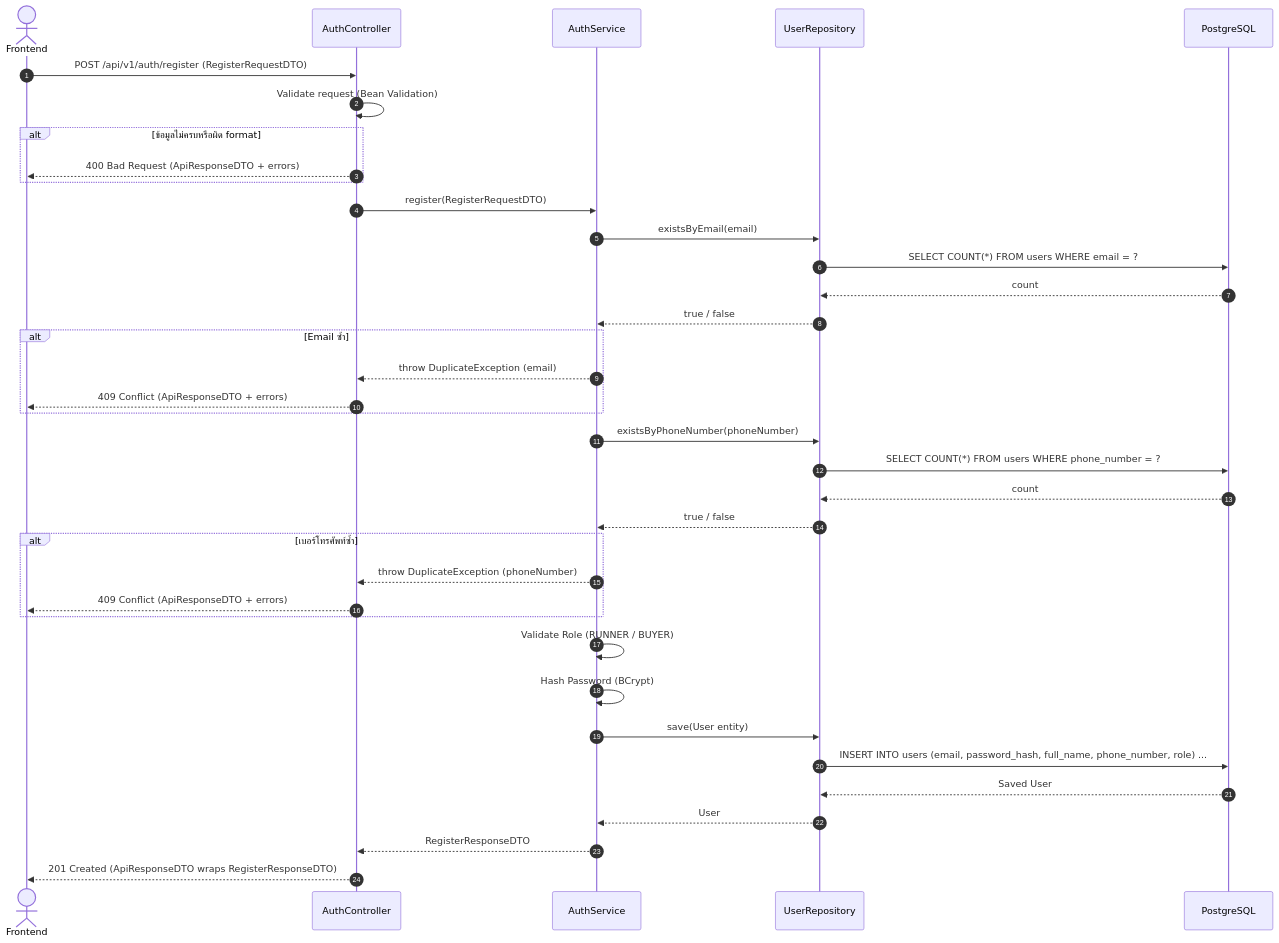
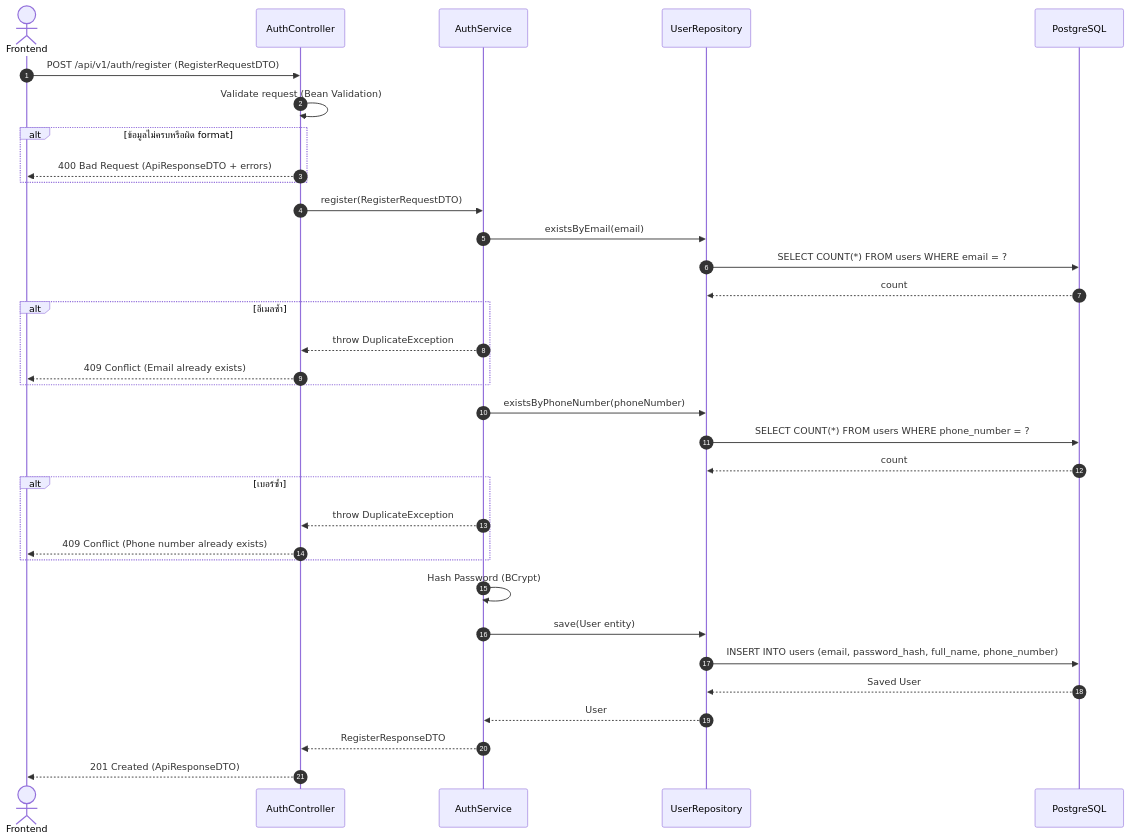
The sixth of 8 diagrams in docs/task-04/README.md (BlackyB0o/CS261_650001_group5), drawn with Mermaid before and after one commit. The commit also changed other lines of this file and 1 other file, not shown here.

Commit message:
removed role selection, added OTP login and reset password

````diff
--- a/docs/task-04/README.md
+++ b/docs/task-04/README.md
@@ -406,40 +580,37 @@
 ```mermaid
 sequenceDiagram
     autonumber
     actor Client as Frontend
     participant Controller as AuthController
     participant Service as AuthService
-    participant DAO as UserRepository
+    participant UserDAO as UserRepository
     participant DB as PostgreSQL
 
     Client->>Controller: POST /api/v1/auth/register (RegisterRequestDTO)
     Controller->>Controller: Validate request (Bean Validation)
     alt ข้อมูลไม่ครบหรือผิด format
         Controller-->>Client: 400 Bad Request (ApiResponseDTO + errors)
     end
     Controller->>Service: register(RegisterRequestDTO)
-    Service->>DAO: existsByEmail(email)
-    DAO->>DB: SELECT COUNT(*) FROM users WHERE email = ?
-    DB-->>DAO: count
-    DAO-->>Service: true / false
-    alt Email ซ้ำ
-        Service-->>Controller: throw DuplicateException (email)
-        Controller-->>Client: 409 Conflict (ApiResponseDTO + errors)
+    Service->>UserDAO: existsByEmail(email)
+    UserDAO->>DB: SELECT COUNT(*) FROM users WHERE email = ?
+    DB-->>UserDAO: count
+    alt อีเมลซ้ำ
+        Service-->>Controller: throw DuplicateException
+        Controller-->>Client: 409 Conflict (Email already exists)
     end
-    Service->>DAO: existsByPhoneNumber(phoneNumber)
-    DAO->>DB: SELECT COUNT(*) FROM users WHERE phone_number = ?
-    DB-->>DAO: count
-    DAO-->>Service: true / false
-    alt เบอร์โทรศัพท์ซ้ำ
-        Service-->>Controller: throw DuplicateException (phoneNumber)
-        Controller-->>Client: 409 Conflict (ApiResponseDTO + errors)
+    Service->>UserDAO: existsByPhoneNumber(phoneNumber)
+    UserDAO->>DB: SELECT COUNT(*) FROM users WHERE phone_number = ?
+    DB-->>UserDAO: count
+    alt เบอร์ซ้ำ
+        Service-->>Controller: throw DuplicateException
+        Controller-->>Client: 409 Conflict (Phone number already exists)
     end
-    Service->>Service: Validate Role (RUNNER / BUYER)
     Service->>Service: Hash Password (BCrypt)
-    Service->>DAO: save(User entity)
-    DAO->>DB: INSERT INTO users (email, password_hash, full_name, phone_number, role) ...
-    DB-->>DAO: Saved User
-    DAO-->>Service: User
+    Service->>UserDAO: save(User entity)
+    UserDAO->>DB: INSERT INTO users (email, password_hash, full_name, phone_number)
+    DB-->>UserDAO: Saved User
+    UserDAO-->>Service: User
     Service-->>Controller: RegisterResponseDTO
-    Controller-->>Client: 201 Created (ApiResponseDTO wraps RegisterResponseDTO)
+    Controller-->>Client: 201 Created (ApiResponseDTO)
 ```
````
